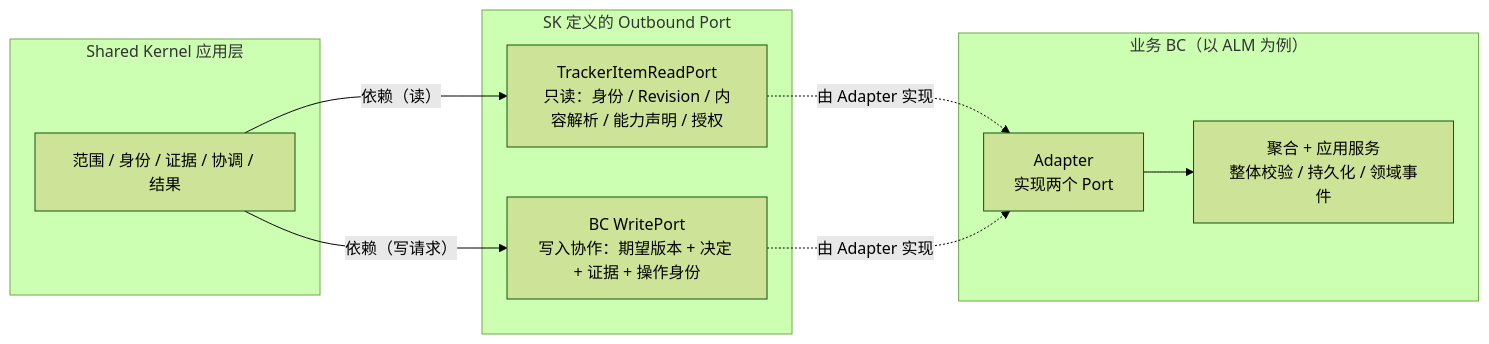
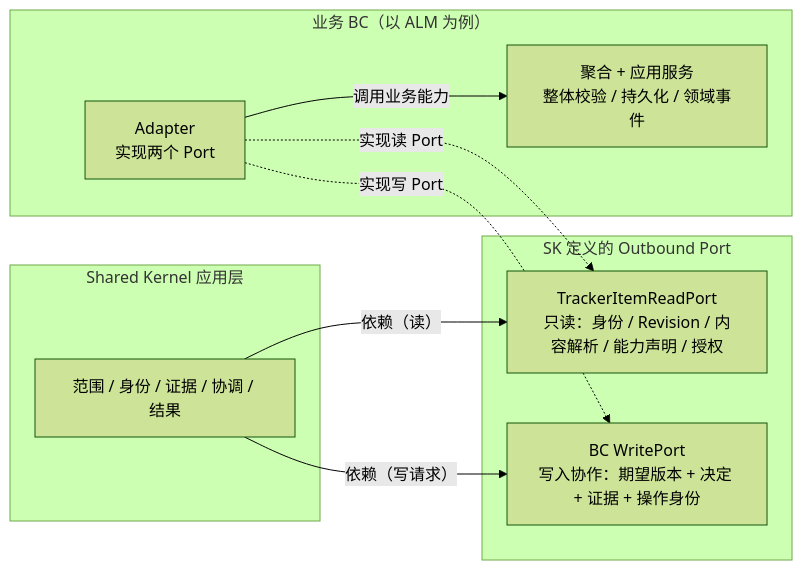
Before and after one commit to Greytrack/ddd-workingset: the first of 5 diagrams in docs/working-set/diagrams/cross-bc-contract.md, drawn with Mermaid (forest theme). The commit also changed 22 other files, not shown here.

````diff
--- a/docs/working-set/diagrams/cross-bc-contract.md
+++ b/docs/working-set/diagrams/cross-bc-contract.md
@@ -20,22 +20,22 @@
 ```mermaid
 flowchart LR
     subgraph SKAPP["Shared Kernel 应用层"]
         SK["范围 / 身份 / 证据 / 协调 / 结果"]
     end
 
     subgraph PORTS["SK 定义的 Outbound Port"]
         RP["TrackerItemReadPort<br/>只读：身份 / Revision / 内容解析 / 能力声明 / 授权"]
         WP["BC WritePort<br/>写入协作：期望版本 + 决定 + 证据 + 操作身份"]
     end
 
     subgraph BCI["业务 BC（以 ALM 为例）"]
         ADP["Adapter<br/>实现两个 Port"]
         AGG["聚合 + 应用服务<br/>整体校验 / 持久化 / 领域事件"]
     end
 
     SK -->|"依赖（读）"| RP
     SK -->|"依赖（写请求）"| WP
-    RP -.->|"由 Adapter 实现"| ADP
-    WP -.->|"由 Adapter 实现"| ADP
-    ADP --> AGG
+    ADP -.->|"实现读 Port"| RP
+    ADP -.->|"实现写 Port"| WP
+    ADP -->|"调用业务能力"| AGG
 ```
````
